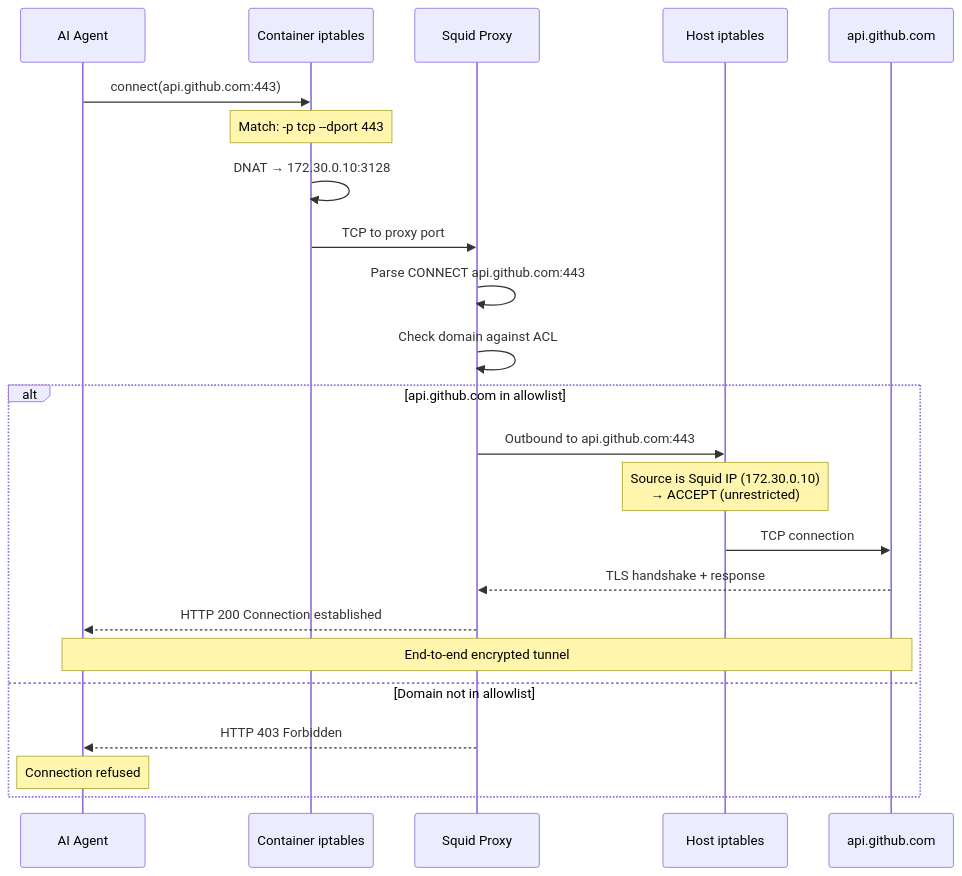
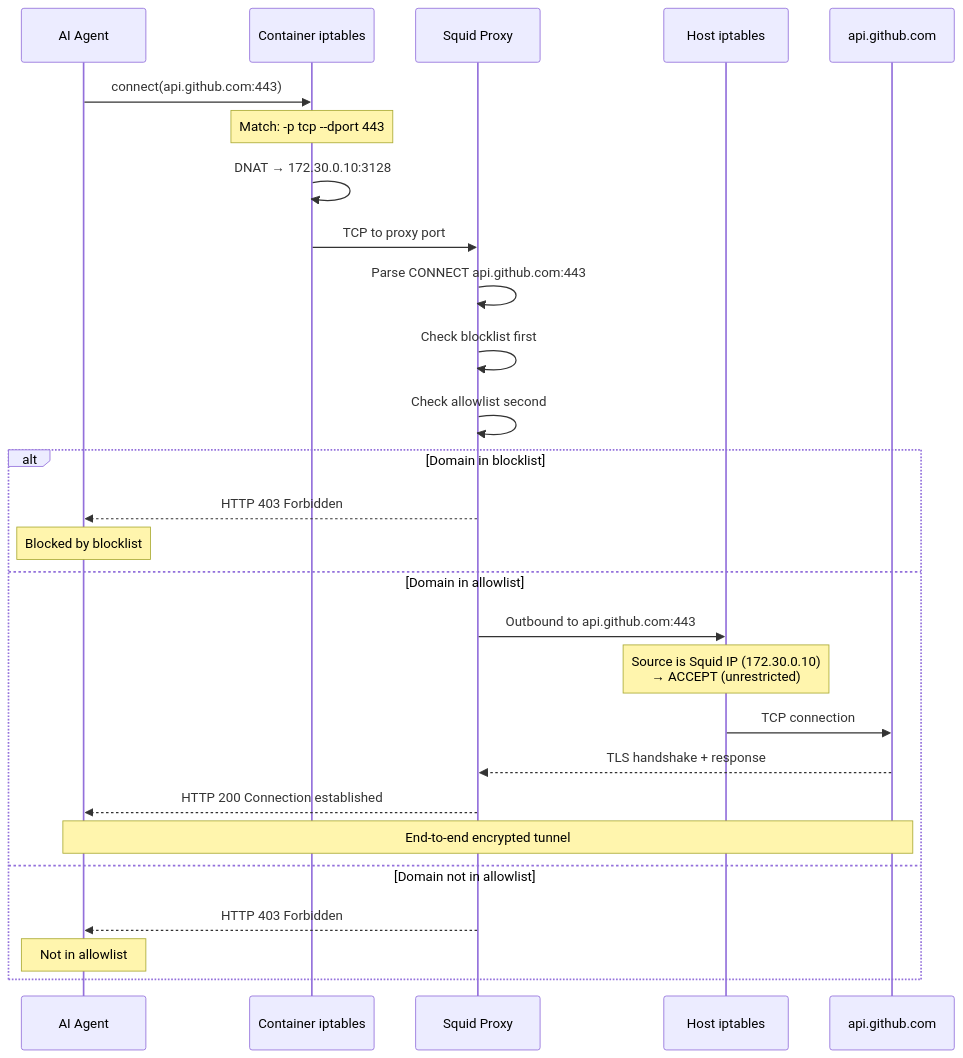
One commit to githubnext/gh-aw-firewall changed the second of 2 diagrams in docs-site/src/content/docs/reference/security-architecture.md. Above: the diagram before and after it, drawn with Mermaid. The commit also changed other lines of this file and 91 other files, not shown here.

````diff
--- a/docs-site/src/content/docs/reference/security-architecture.md
+++ b/docs-site/src/content/docs/reference/security-architecture.md
@@ -106,28 +112,32 @@
 ```mermaid
 sequenceDiagram
     participant Agent as AI Agent
     participant NAT as Container iptables
     participant Squid as Squid Proxy
     participant Host as Host iptables
     participant Net as api.github.com
 
     Agent->>NAT: connect(api.github.com:443)
     Note over NAT: Match: -p tcp --dport 443
     NAT->>NAT: DNAT → 172.30.0.10:3128
     NAT->>Squid: TCP to proxy port
 
     Squid->>Squid: Parse CONNECT api.github.com:443
-    Squid->>Squid: Check domain against ACL
+    Squid->>Squid: Check blocklist first
+    Squid->>Squid: Check allowlist second
 
-    alt api.github.com in allowlist
+    alt Domain in blocklist
+        Squid-->>Agent: HTTP 403 Forbidden
+        Note over Agent: Blocked by blocklist
+    else Domain in allowlist
         Squid->>Host: Outbound to api.github.com:443
         Note over Host: Source is Squid IP (172.30.0.10)<br/>→ ACCEPT (unrestricted)
         Host->>Net: TCP connection
         Net-->>Squid: TLS handshake + response
         Squid-->>Agent: HTTP 200 Connection established
         Note over Agent,Net: End-to-end encrypted tunnel
     else Domain not in allowlist
         Squid-->>Agent: HTTP 403 Forbidden
-        Note over Agent: Connection refused
+        Note over Agent: Not in allowlist
     end
 ```
````
